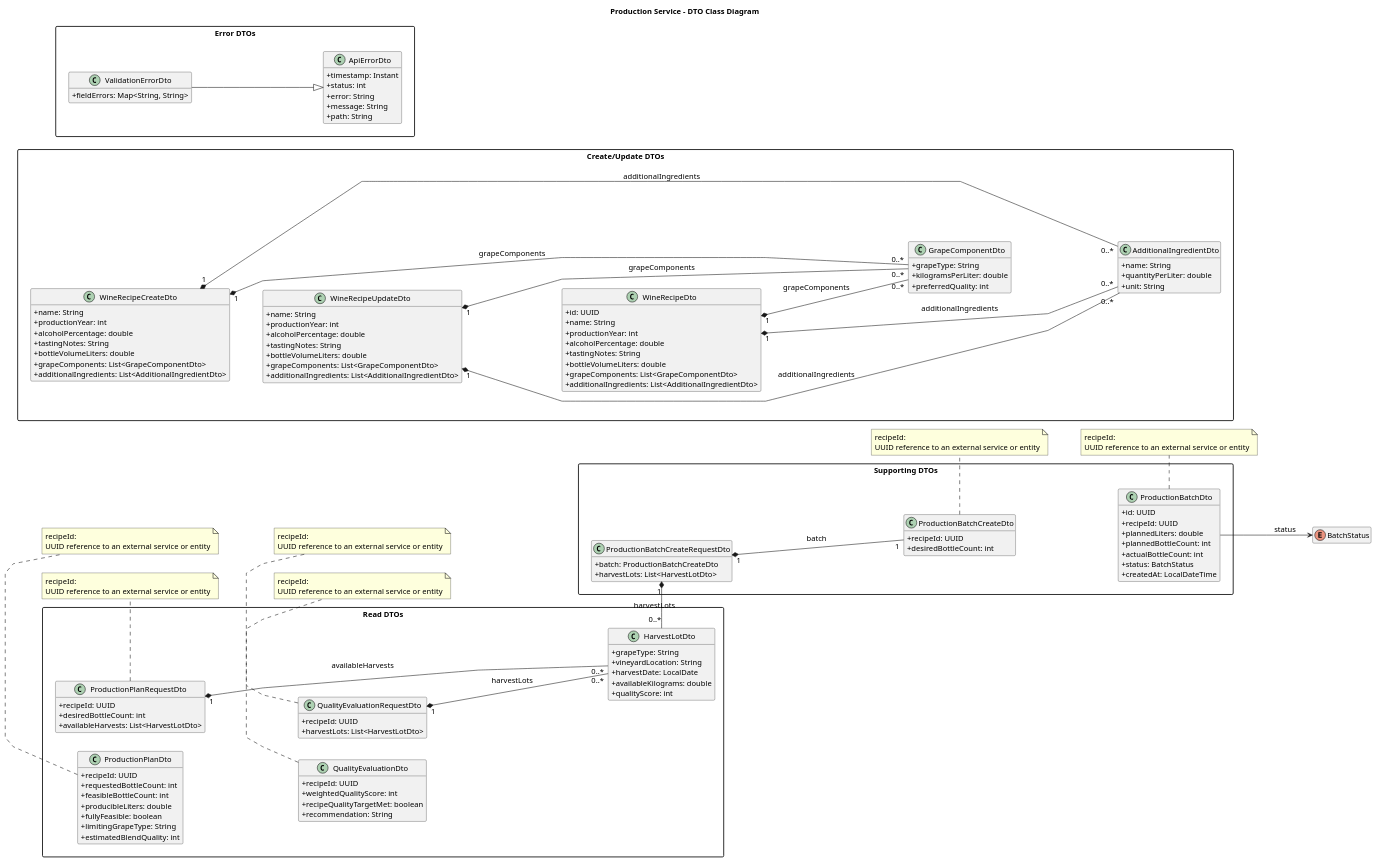
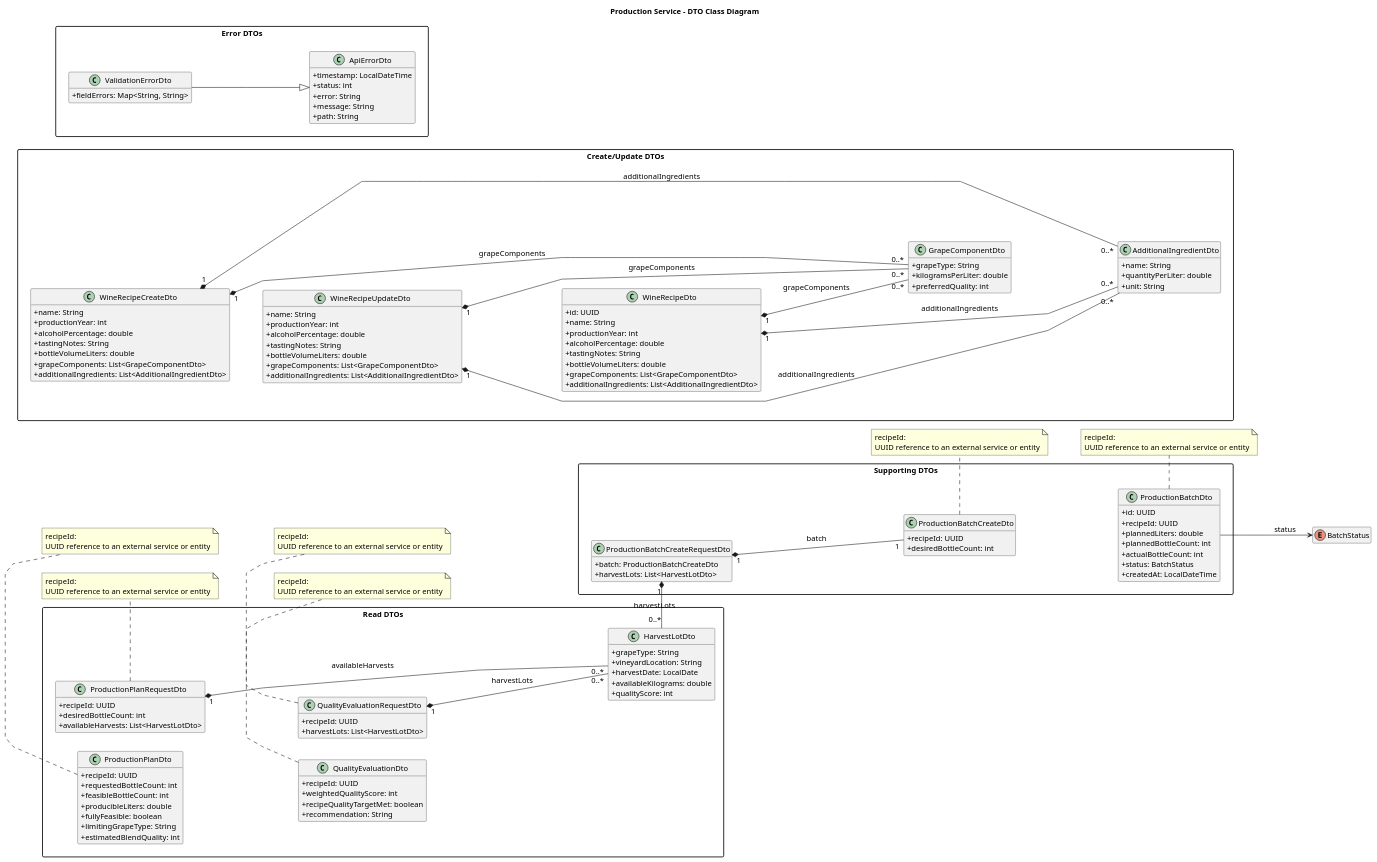
Before and after one commit to gajdic/winery-management-system: the diagram in diagrams/class/production-service-dto.puml, drawn with PlantUML. The commit also changed 3 other files, not shown here.

Commit message:
refactor: change timestamp type from Instant to LocalDateTime in error DTOs

```diff
--- a/diagrams/class/production-service-dto.puml
+++ b/diagrams/class/production-service-dto.puml
@@ -1,195 +1,195 @@
 @startuml
 left to right direction
 skinparam backgroundColor #ffffff
 skinparam classAttributeIconSize 0
 skinparam shadowing false
 skinparam packageStyle rectangle
 skinparam linetype polyline
 skinparam defaultFontName Arial
 skinparam defaultFontSize 14
 skinparam ArrowThickness 1
 hide empty members
 
 title Production Service - DTO Class Diagram
 
 package "Create/Update DTOs" {
   together {
     class GrapeComponentDto {
       +grapeType: String
       +kilogramsPerLiter: double
       +preferredQuality: int
     }
     class AdditionalIngredientDto {
       +name: String
       +quantityPerLiter: double
       +unit: String
     }
   }
 
   together {
     class WineRecipeCreateDto {
       +name: String
       +productionYear: int
       +alcoholPercentage: double
       +tastingNotes: String
       +bottleVolumeLiters: double
       +grapeComponents: List<GrapeComponentDto>
       +additionalIngredients: List<AdditionalIngredientDto>
     }
     class WineRecipeUpdateDto {
       +name: String
       +productionYear: int
       +alcoholPercentage: double
       +tastingNotes: String
       +bottleVolumeLiters: double
       +grapeComponents: List<GrapeComponentDto>
       +additionalIngredients: List<AdditionalIngredientDto>
     }
     class WineRecipeDto {
       +id: UUID
       +name: String
       +productionYear: int
       +alcoholPercentage: double
       +tastingNotes: String
       +bottleVolumeLiters: double
       +grapeComponents: List<GrapeComponentDto>
       +additionalIngredients: List<AdditionalIngredientDto>
     }
   }
 }
 
 package "Read DTOs" {
   together {
     class ProductionPlanRequestDto {
       +recipeId: UUID
       +desiredBottleCount: int
       +availableHarvests: List<HarvestLotDto>
     }
     class QualityEvaluationRequestDto {
       +recipeId: UUID
       +harvestLots: List<HarvestLotDto>
     }
   }
 
   together {
     class ProductionPlanDto {
       +recipeId: UUID
       +requestedBottleCount: int
       +feasibleBottleCount: int
       +producibleLiters: double
       +fullyFeasible: boolean
       +limitingGrapeType: String
       +estimatedBlendQuality: int
     }
     class QualityEvaluationDto {
       +recipeId: UUID
       +weightedQualityScore: int
       +recipeQualityTargetMet: boolean
       +recommendation: String
     }
   }
 
   class HarvestLotDto {
     +grapeType: String
     +vineyardLocation: String
     +harvestDate: LocalDate
     +availableKilograms: double
     +qualityScore: int
   }
 }
 
 package "Supporting DTOs" {
   together {
     class ProductionBatchCreateDto {
       +recipeId: UUID
       +desiredBottleCount: int
     }
     class ProductionBatchCreateRequestDto {
       +batch: ProductionBatchCreateDto
       +harvestLots: List<HarvestLotDto>
     }
     class ProductionBatchDto {
       +id: UUID
       +recipeId: UUID
       +plannedLiters: double
       +plannedBottleCount: int
       +actualBottleCount: int
       +status: BatchStatus
       +createdAt: LocalDateTime
     }
   }
 }
 
 package "Error DTOs" {
   together {
     class ApiErrorDto {
-      +timestamp: Instant
+      +timestamp: LocalDateTime
       +status: int
       +error: String
       +message: String
       +path: String
     }
     class ValidationErrorDto {
       +fieldErrors: Map<String, String>
     }
   }
 }
 
 enum BatchStatus
 
 ValidationErrorDto --|> ApiErrorDto
 
 WineRecipeCreateDto "1" *-- "0..*" GrapeComponentDto : grapeComponents
 WineRecipeCreateDto "1" *-- "0..*" AdditionalIngredientDto : additionalIngredients
 WineRecipeUpdateDto "1" *-- "0..*" GrapeComponentDto : grapeComponents
 WineRecipeUpdateDto "1" *-- "0..*" AdditionalIngredientDto : additionalIngredients
 WineRecipeDto "1" *-- "0..*" GrapeComponentDto : grapeComponents
 WineRecipeDto "1" *-- "0..*" AdditionalIngredientDto : additionalIngredients
 
 ProductionPlanRequestDto "1" *-- "0..*" HarvestLotDto : availableHarvests
 QualityEvaluationRequestDto "1" *-- "0..*" HarvestLotDto : harvestLots
 ProductionBatchCreateRequestDto "1" *-- "1" ProductionBatchCreateDto : batch
 ProductionBatchCreateRequestDto "1" *-- "0..*" HarvestLotDto : harvestLots
 
 ProductionBatchDto --> BatchStatus : status
 
 GrapeComponentDto -[hidden]down- AdditionalIngredientDto
 WineRecipeCreateDto -[hidden]down- WineRecipeUpdateDto
 WineRecipeUpdateDto -[hidden]down- WineRecipeDto
 ProductionPlanRequestDto -[hidden]down- QualityEvaluationRequestDto
 ProductionPlanDto -[hidden]down- QualityEvaluationDto
 ProductionBatchCreateDto -[hidden]down- ProductionBatchDto
 ProductionPlanRequestDto -[hidden]right- HarvestLotDto
 ProductionBatchCreateRequestDto -[hidden]right- HarvestLotDto
 
 note bottom of ProductionPlanRequestDto
   recipeId:
   UUID reference to an external service or entity
 end note
 
 note bottom of ProductionPlanDto
   recipeId:
   UUID reference to an external service or entity
 end note
 
 note bottom of QualityEvaluationRequestDto
   recipeId:
   UUID reference to an external service or entity
 end note
 
 note bottom of QualityEvaluationDto
   recipeId:
   UUID reference to an external service or entity
 end note
 
 note bottom of ProductionBatchCreateDto
   recipeId:
   UUID reference to an external service or entity
 end note
 
 note bottom of ProductionBatchDto
   recipeId:
   UUID reference to an external service or entity
 end note
 
 @enduml
```
